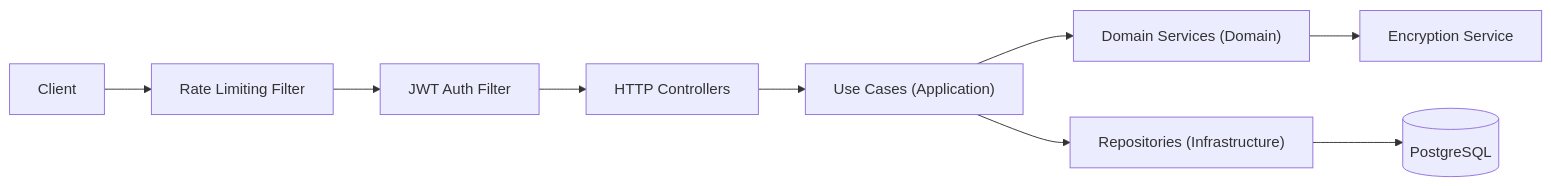
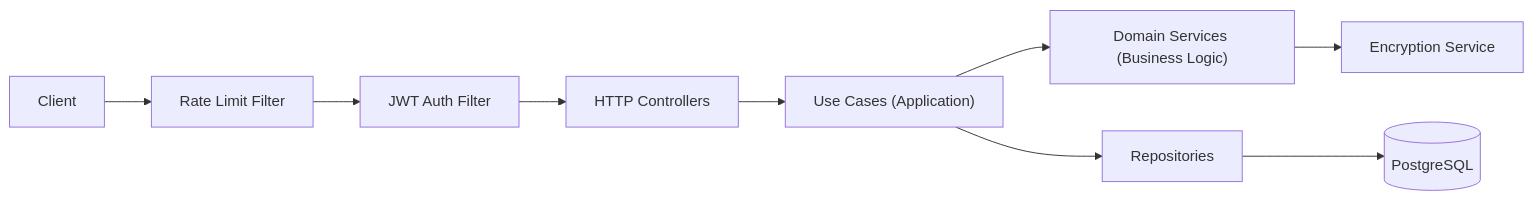
The second of 4 diagrams in README.md (ybueno16/SecureApplication), drawn with Mermaid before and after one commit. The commit also changed other lines of this file, not shown here.

First line of the commit message:
Enhance README with usage and architecture details

````diff
--- a/README.md
+++ b/README.md
@@ -14,11 +143,11 @@
 ```mermaid
 flowchart LR
-  client[Client] --> rl["Rate Limiting Filter"]
+  client[Client] --> rl["Rate Limit Filter"]
   rl --> jwt["JWT Auth Filter"]
   jwt --> ctrl["HTTP Controllers"]
   ctrl --> uc["Use Cases (Application)"]
-  uc --> dom["Domain Services (Domain)"]
-  uc --> repo["Repositories (Infrastructure)"]
-  repo --> db[("PostgreSQL")]
+  uc --> dom["Domain Services (Business Logic)"]
+  uc --> repo["Repositories"]
+  repo --> db[(PostgreSQL)]
   dom --> crypto["Encryption Service"]
 ```
````
